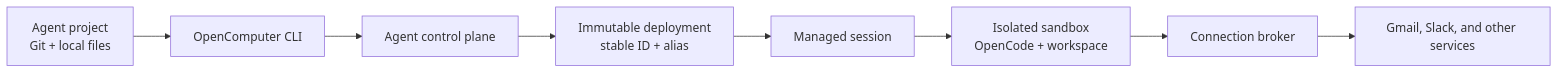
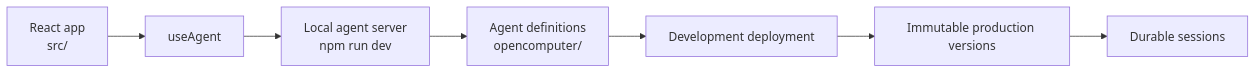
Before and after one commit to diggerhq/opencomputer: the diagram in docs/agents/architecture.mdx, drawn with Mermaid. The commit also changed other lines of this file and 25 other files, not shown here.

Commit message:
feat: add project-first agent quickstart

````diff
--- a/docs/agents/architecture.mdx
+++ b/docs/agents/architecture.mdx
@@ -11,10 +9,9 @@
 ```mermaid
 flowchart LR
-    A["Agent project<br/>Git + local files"] --> B["OpenComputer CLI"]
-    B --> C["Agent control plane"]
-    C --> D["Immutable deployment<br/>stable ID + alias"]
-    D --> E["Managed session"]
-    E --> F["Isolated sandbox<br/>OpenCode + workspace"]
-    F --> G["Connection broker"]
-    G --> H["Gmail, Slack, and other services"]
+    A["React app<br/>src/"] --> B["useAgent"]
+    B --> C["Local agent server<br/>npm run dev"]
+    C --> D["Agent definitions<br/>opencomputer/"]
+    D --> E["Development deployment"]
+    E --> F["Immutable production versions"]
+    F --> G["Durable sessions"]
 ```
````
